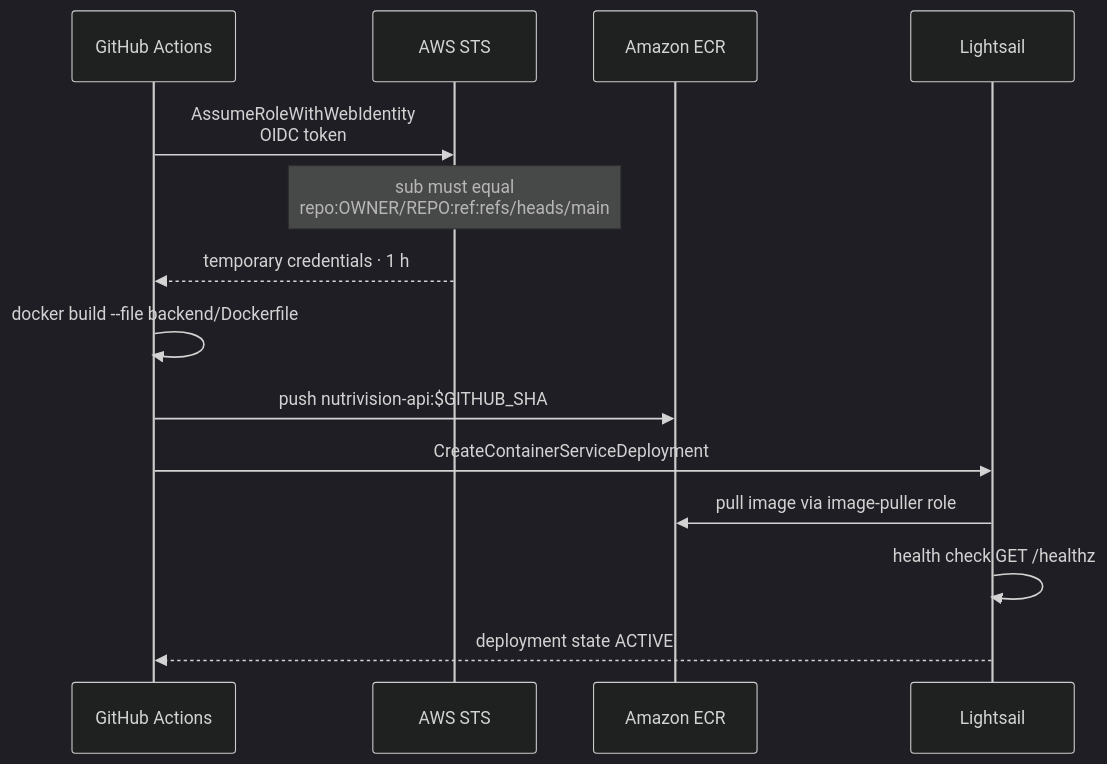
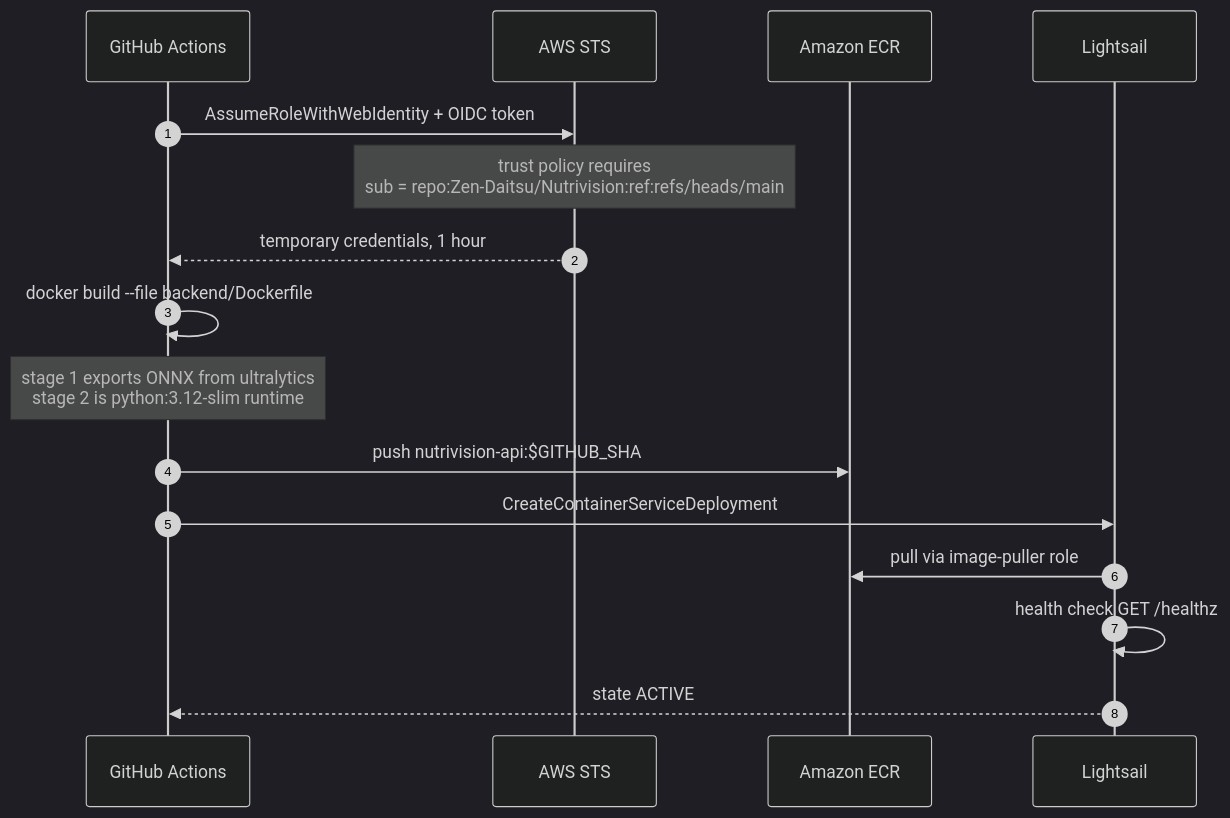
The third of 9 diagrams in README.md (Zen-Daitsu/Nutrivision), drawn with Mermaid (dark theme) before and after one commit. The commit also changed other lines of this file, not shown here.

````diff
--- a/README.md
+++ b/README.md
@@ -128,17 +178,19 @@
 ```mermaid
 sequenceDiagram
+    autonumber
     participant GH as GitHub Actions
     participant STS as AWS STS
     participant ECR as Amazon ECR
     participant LS as Lightsail
 
-    GH->>STS: AssumeRoleWithWebIdentity<br/>OIDC token
-    Note over STS: sub must equal<br/>repo:OWNER/REPO:ref:refs/heads/main
-    STS-->>GH: temporary credentials · 1 h
+    GH->>STS: AssumeRoleWithWebIdentity + OIDC token
+    Note over STS: trust policy requires<br/>sub = repo:Zen-Daitsu/Nutrivision:ref:refs/heads/main
+    STS-->>GH: temporary credentials, 1 hour
     GH->>GH: docker build --file backend/Dockerfile
+    Note over GH: stage 1 exports ONNX from ultralytics<br/>stage 2 is python:3.12-slim runtime
     GH->>ECR: push nutrivision-api:$GITHUB_SHA
     GH->>LS: CreateContainerServiceDeployment
-    LS->>ECR: pull image via image-puller role
+    LS->>ECR: pull via image-puller role
     LS->>LS: health check GET /healthz
-    LS-->>GH: deployment state ACTIVE
+    LS-->>GH: state ACTIVE
 ```
````
